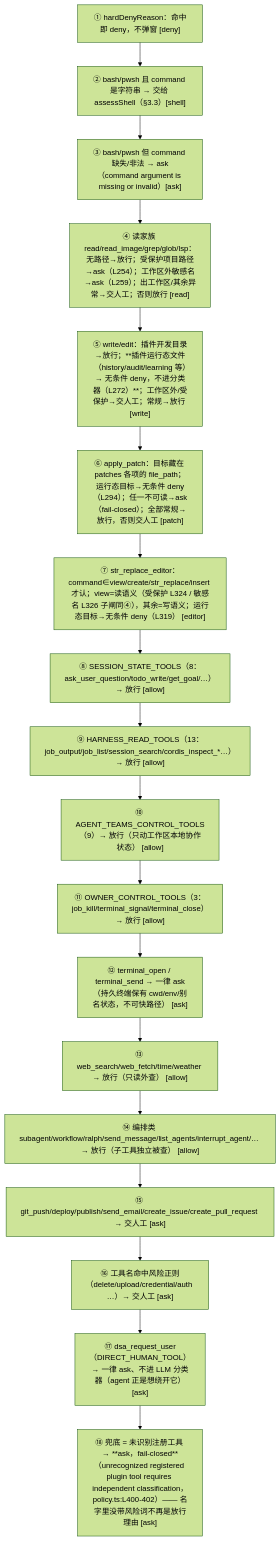
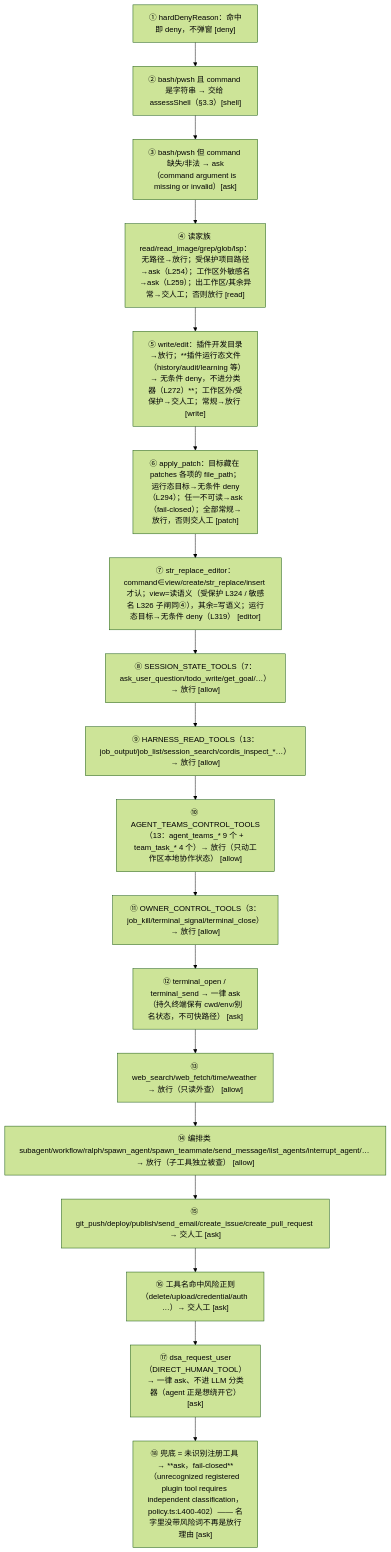
The first of 3 diagrams in docs/03-static-engine.md (cuddly-guacamole/dsh-auto-approval-llm), drawn with Mermaid (forest theme) before and after one commit. The commit also changed other lines of this file and 3 other files, not shown here.

````diff
--- a/docs/03-static-engine.md
+++ b/docs/03-static-engine.md
@@ -28,21 +28,21 @@
 ```mermaid
 flowchart TD
     A1["① hardDenyReason：命中即 deny，不弹窗 [deny]"]
     A1 --> A2["② bash/pwsh 且 command 是字符串 → 交给 assessShell（§3.3）[shell]"]
     A2 --> A3["③ bash/pwsh 但 command 缺失/非法 → ask（command argument is missing or invalid）[ask]"]
     A3 --> A4["④ 读家族 read/read_image/grep/glob/lsp：无路径→放行；受保护项目路径→ask（L254）；工作区外敏感名→ask（L259）；出工作区/其余异常→交人工；否则放行 [read]"]
     A4 --> A5["⑤ write/edit：插件开发目录→放行；**插件运行态文件（history/audit/learning 等）→ 无条件 deny，不进分类器（L272）**；工作区外/受保护→交人工；常规→放行 [write]"]
     A5 --> A6["⑥ apply_patch：目标藏在 patches 各项的 file_path；运行态目标→无条件 deny（L294）；任一不可读→ask（fail-closed）；全部常规→放行，否则交人工 [patch]"]
     A6 --> A7["⑦ str_replace_editor：command∈view/create/str_replace/insert 才认；view=读语义（受保护 L324 / 敏感名 L326 子闸同④），其余=写语义；运行态目标→无条件 deny（L319） [editor]"]
-    A7 --> A8["⑧ SESSION_STATE_TOOLS（8：ask_user_question/todo_write/get_goal/…）→ 放行 [allow]"]
+    A7 --> A8["⑧ SESSION_STATE_TOOLS（7：ask_user_question/todo_write/get_goal/…）→ 放行 [allow]"]
     A8 --> A9["⑨ HARNESS_READ_TOOLS（13：job_output/job_list/session_search/cordis_inspect_*…）→ 放行 [allow]"]
-    A9 --> A10["⑩ AGENT_TEAMS_CONTROL_TOOLS（9）→ 放行（只动工作区本地协作状态） [allow]"]
+    A9 --> A10["⑩ AGENT_TEAMS_CONTROL_TOOLS（13：agent_teams_* 9 个 + team_task_* 4 个）→ 放行（只动工作区本地协作状态） [allow]"]
     A10 --> A11["⑪ OWNER_CONTROL_TOOLS（3：job_kill/terminal_signal/terminal_close）→ 放行 [allow]"]
     A11 --> A12["⑫ terminal_open / terminal_send → 一律 ask（持久终端保有 cwd/env/别名状态，不可快路径） [ask]"]
     A12 --> A13["⑬ web_search/web_fetch/time/weather → 放行（只读外查） [allow]"]
-    A13 --> A14["⑭ 编排类 subagent/workflow/ralph/send_message/list_agents/interrupt_agent/… → 放行（子工具独立被查） [allow]"]
+    A13 --> A14["⑭ 编排类 subagent/workflow/ralph/spawn_agent/spawn_teammate/send_message/list_agents/interrupt_agent/… → 放行（子工具独立被查） [allow]"]
     A14 --> A15["⑮ git_push/deploy/publish/send_email/create_issue/create_pull_request → 交人工 [ask]"]
     A15 --> A16["⑯ 工具名命中风险正则（delete/upload/credential/auth …）→ 交人工 [ask]"]
     A16 --> A17["⑰ dsa_request_user（DIRECT_HUMAN_TOOL）→ 一律 ask、不进 LLM 分类器（agent 正是想绕开它）[ask]"]
     A17 --> A18["⑱ 兜底 = 未识别注册工具 → **ask，fail-closed**（unrecognized registered plugin tool requires independent classification，<span class="lnum">policy.ts:L400-402</span>）—— 名字里没带风险词不再是放行理由 [ask]"]
 ```
````
